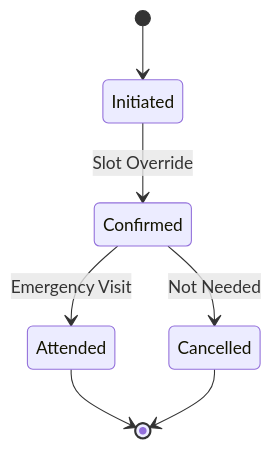
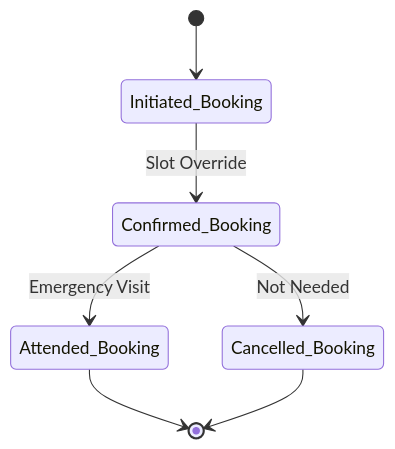
The eighth of 8 diagrams in State Transition Diagrams.md (glory-kasongo-03/Doctor_appointment_booking_system), drawn with Mermaid before and after one commit. The commit also changed other lines of this file, not shown here.

Commit message:
Updated State Transition Diagrams.md

````diff
--- a/State Transition Diagrams.md
+++ b/State Transition Diagrams.md
@@ -83,9 +88,10 @@
 ```mermaid
 stateDiagram-v2
-    [*] --> Initiated
-    Initiated --> Confirmed : Slot Override
-    Confirmed --> Attended : Emergency Visit
-    Confirmed --> Cancelled : Not Needed
-    Attended --> [*]
-    Cancelled --> [*]
+    %% Initial state
+    [*] --> Initiated_Booking
+    Initiated_Booking --> Confirmed_Booking : Slot Override
+    Confirmed_Booking --> Attended_Booking : Emergency Visit
+    Confirmed_Booking --> Cancelled_Booking : Not Needed
+    Attended_Booking --> [*]
+    Cancelled_Booking --> [*]
 ```
````
